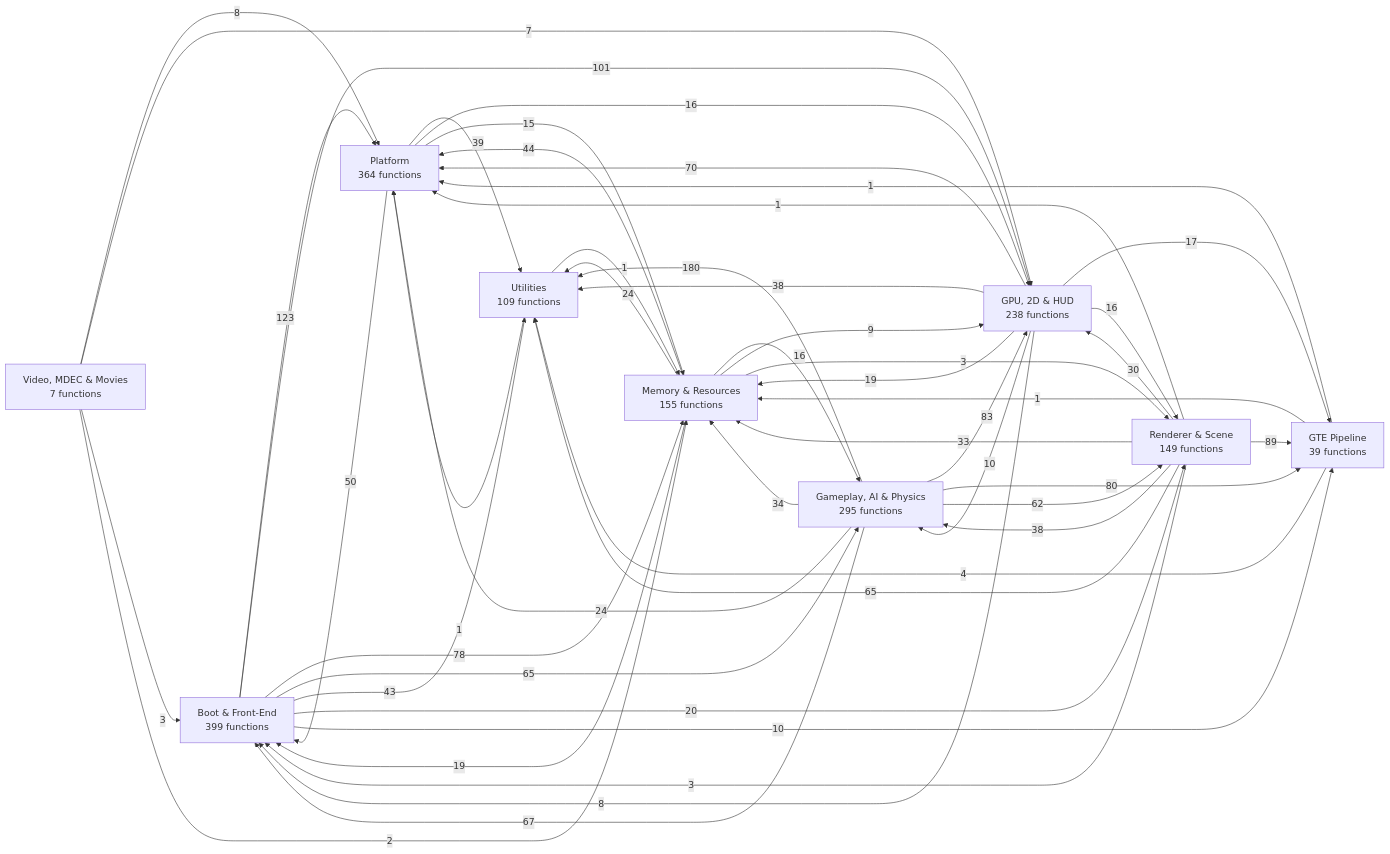
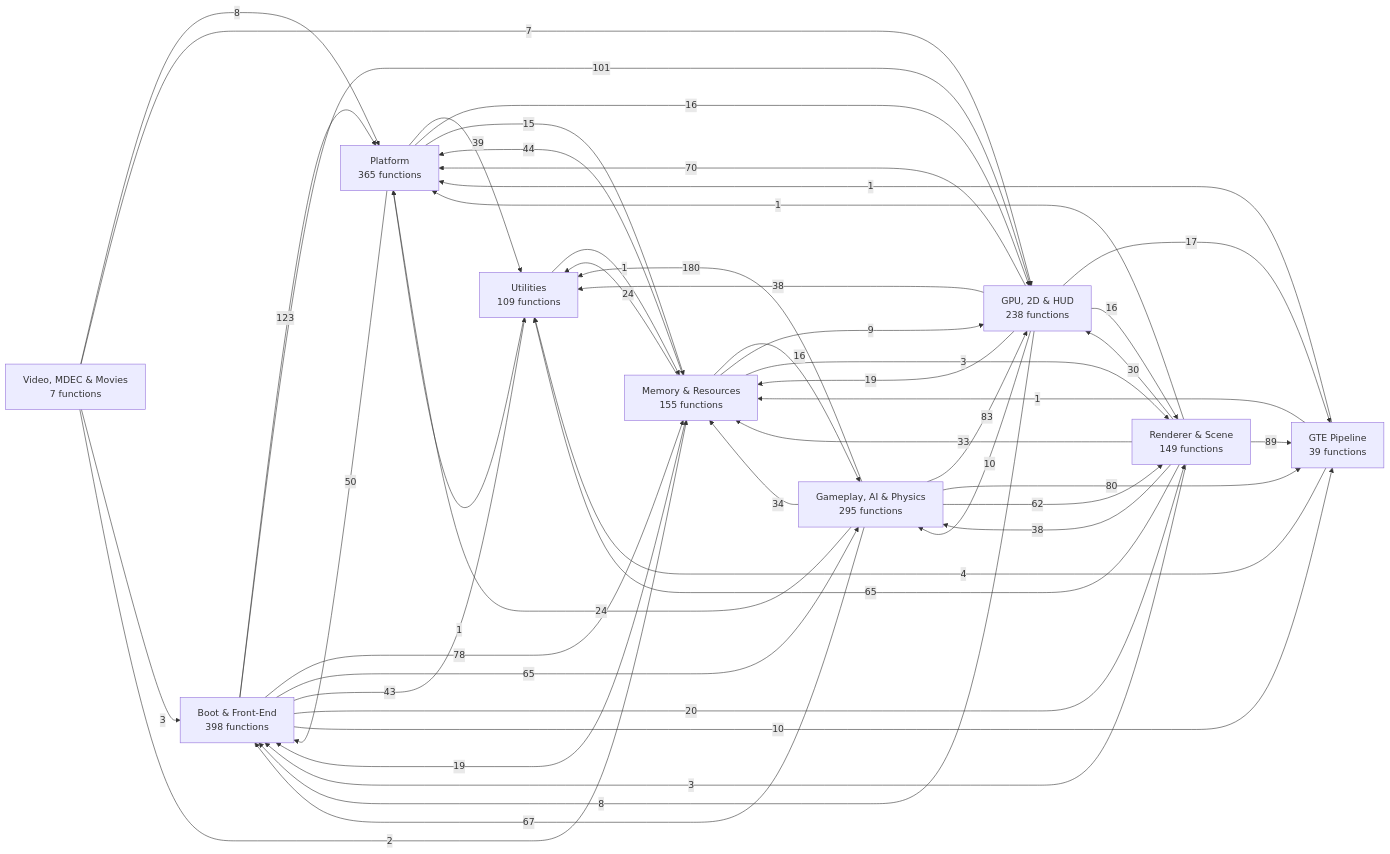
One commit to kai-luni/Future-Cop-L.A.P.D-PS1 changed the first of 11 diagrams in docs/FUNCTION_MAP.md. Above: the diagram before and after it, drawn with Mermaid. The commit also changed other lines of this file and 15 other files, not shown here.

````diff
--- a/docs/FUNCTION_MAP.md
+++ b/docs/FUNCTION_MAP.md
@@ -13,59 +13,59 @@
 ```mermaid
 graph LR
-    g0["Boot & Front-End<br/>399 functions"]
+    g0["Boot & Front-End<br/>398 functions"]
     g1["Memory & Resources<br/>155 functions"]
     g2["Video, MDEC & Movies<br/>7 functions"]
     g3["GTE Pipeline<br/>39 functions"]
     g4["Renderer & Scene<br/>149 functions"]
     g5["GPU, 2D & HUD<br/>238 functions"]
     g6["Gameplay, AI & Physics<br/>295 functions"]
-    g7["Platform<br/>364 functions"]
+    g7["Platform<br/>365 functions"]
     g8["Utilities<br/>109 functions"]
     g6 -->|180| g8
     g0 -->|123| g7
     g0 -->|101| g5
     g4 -->|89| g3
     g6 -->|83| g5
     g6 -->|80| g3
     g0 -->|78| g1
     g5 -->|70| g7
     g6 -->|67| g0
     g0 -->|65| g6
     g4 -->|65| g8
     g6 -->|62| g4
     g7 -->|50| g0
     g1 -->|44| g7
     g0 -->|43| g8
     g7 -->|39| g8
     g5 -->|38| g8
     g4 -->|38| g6
     g6 -->|34| g1
     g4 -->|33| g1
     g4 -->|30| g5
     g6 -->|24| g7
     g1 -->|24| g8
     g0 -->|20| g4
     g5 -->|19| g1
     g1 -->|19| g0
     g5 -->|17| g3
     g5 -->|16| g4
     g1 -->|16| g6
     g7 -->|16| g5
     g7 -->|15| g1
     g0 -->|10| g3
     g5 -->|10| g6
     g1 -->|9| g5
     g5 -->|8| g0
     g2 -->|8| g7
     g2 -->|7| g5
     g3 -->|4| g8
     g1 -->|3| g4
     g4 -->|3| g0
     g2 -->|3| g0
     g2 -->|2| g1
     g3 -->|1| g1
     g3 -->|1| g7
     g4 -->|1| g7
     g8 -->|1| g1
     g8 -->|1| g7
 ```
````
